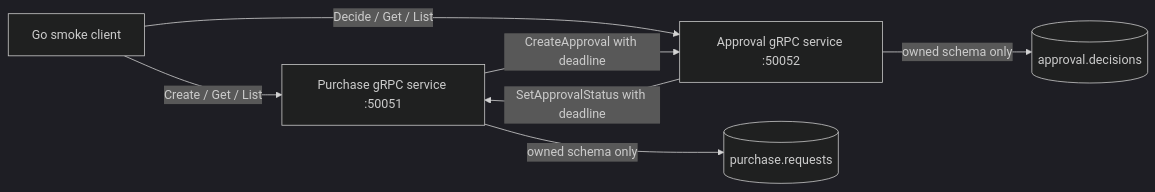
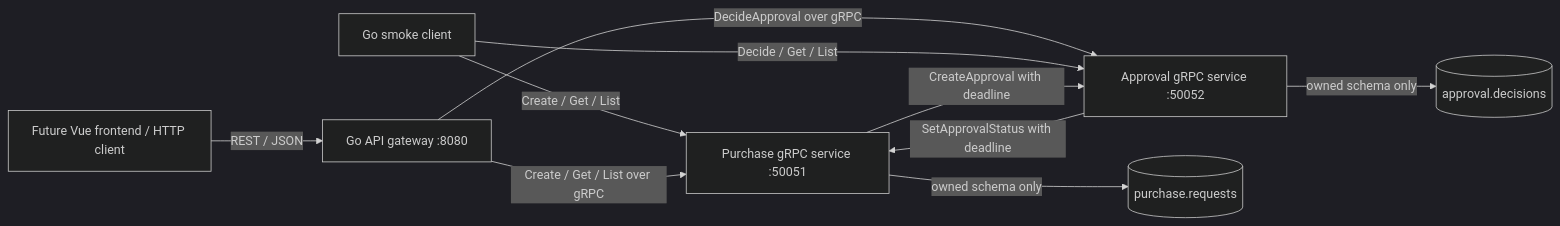
The diagram in docs/architecture.md (Rizvi-07/procureflow-ai), drawn with Mermaid (dark theme) before and after one commit. The commit also changed other lines of this file and 14 other files, not shown here.

First line of the commit message:
feat(api): expose procurement workflows through REST gateway

````diff
--- a/docs/architecture.md
+++ b/docs/architecture.md
@@ -7,9 +7,12 @@
 ```mermaid
 flowchart LR
     Client[Go smoke client] -->|Create / Get / List| Purchase[Purchase gRPC service :50051]
+    Browser[Future Vue frontend / HTTP client] -->|REST / JSON| Gateway[Go API gateway :8080]
+    Gateway -->|Create / Get / List over gRPC| Purchase
+    Gateway -->|DecideApproval over gRPC| Approval
     Client -->|Decide / Get / List| Approval[Approval gRPC service :50052]
     Purchase -->|CreateApproval with deadline| Approval
     Approval -->|SetApprovalStatus with deadline| Purchase
     Purchase -->|owned schema only| PurchaseStore[(purchase.requests)]
     Approval -->|owned schema only| ApprovalStore[(approval.decisions)]
 ```
````
